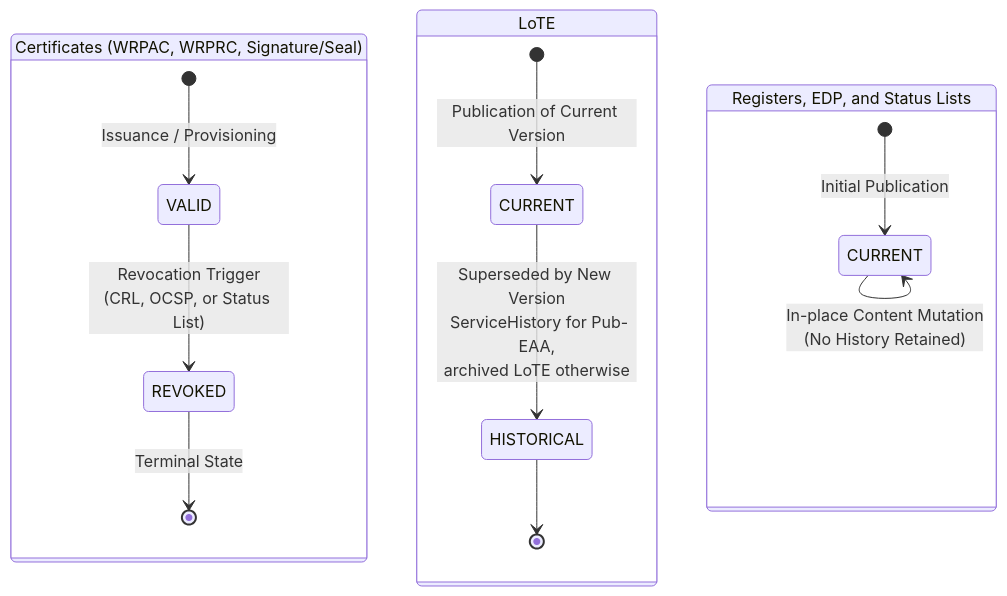
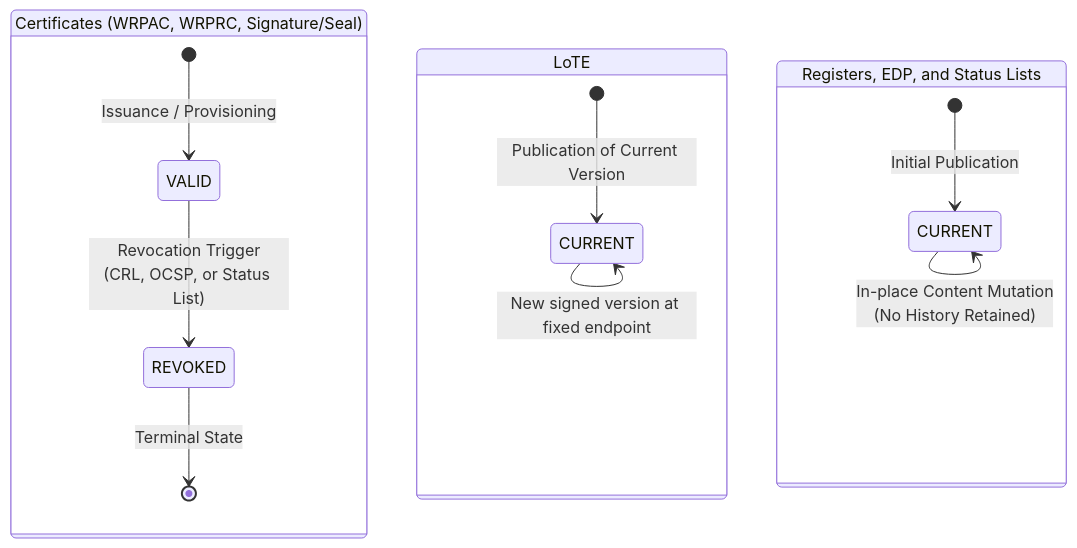
One commit to APTITUDE-Consortium/wp2-trust-specifications changed the fourth of 4 diagrams in docs/topics/trust-management-process.md. Above: the diagram before and after it, drawn with Mermaid. The commit also changed other lines of this file and 2 other files, not shown here.

````diff
--- a/docs/topics/trust-management-process.md
+++ b/docs/topics/trust-management-process.md
@@ -330,29 +330,28 @@
 ```mermaid
 stateDiagram-v2
     %% Define Layout Orientation
     direction TB
 
     %% 1. Certificates Lifecycle Group
     state "Certificates (WRPAC, WRPRC, Signature/Seal)" as CertGroup {
         [*] --> VALID : Issuance / Provisioning
         VALID --> REVOKED : Revocation Trigger<br>(CRL, OCSP, or Status List)
         REVOKED --> [*] : Terminal State
     }
 
     %% 2. LoTE Lifecycle Group
     state "LoTE" as LoTEGroup {
         [*] --> LoTE_CURRENT : Publication of Current Version
         state "CURRENT" as LoTE_CURRENT
         
-        LoTE_CURRENT --> HISTORICAL : Superseded by New Version<br> ServiceHistory for Pub-EAA,<br>archived LoTE otherwise
-        HISTORICAL --> [*]
+        LoTE_CURRENT --> LoTE_CURRENT : New signed version at fixed endpoint
     }
 
     %% 3. Registers, EDP, and Status Lists Lifecycle Group
     state "Registers, EDP, and Status Lists" as RegGroup {
         [*] --> REG_CURRENT : Initial Publication
         state "CURRENT" as REG_CURRENT
         
         REG_CURRENT --> REG_CURRENT : In-place Content Mutation<br>(No History Retained)
     }
 ```
````
